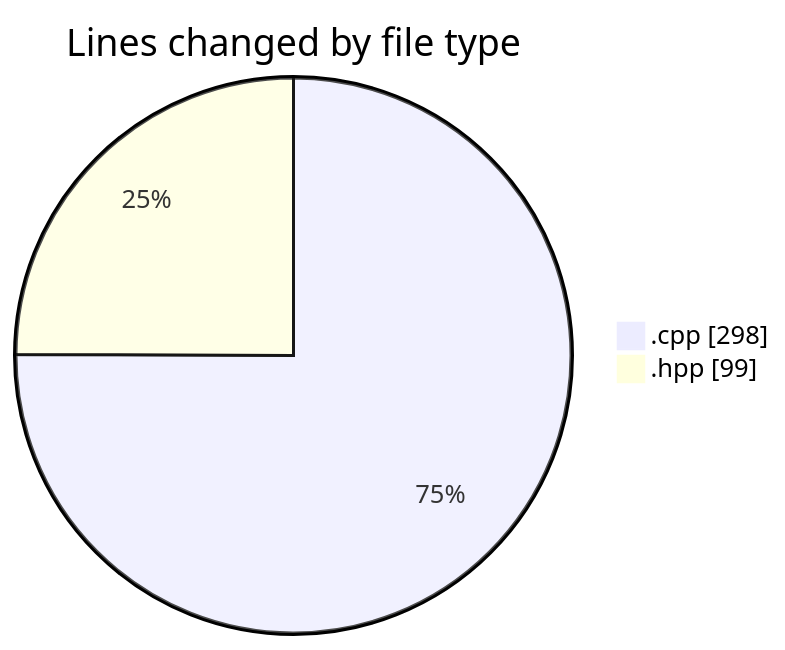
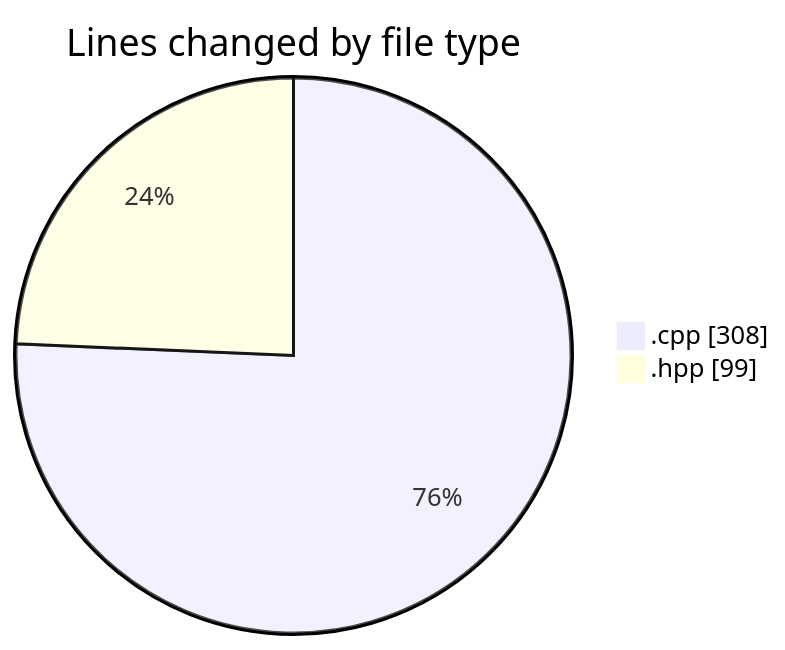
The first of 2 diagrams in 2025-04-24/echo/README.md (Netris89/code-tracking), drawn with Mermaid before and after one commit. The commit also changed other lines of this file and 1 other file, not shown here.

````diff
--- a/2025-04-24/echo/README.md
+++ b/2025-04-24/echo/README.md
@@ -21,6 +21,6 @@
 ```mermaid
 pie showData
 title Lines changed by file type
-".cpp" : 298
+".cpp" : 308
 ".hpp" : 99
 ```
````
